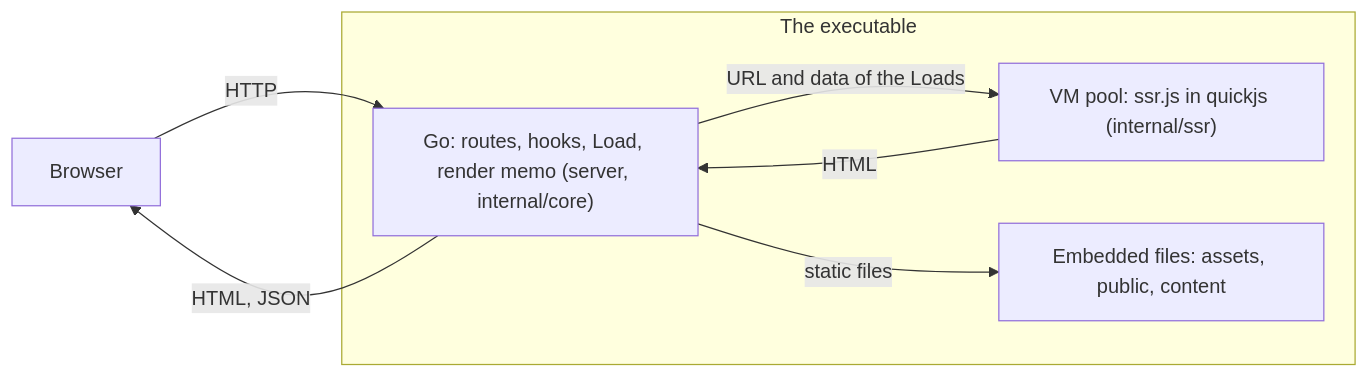
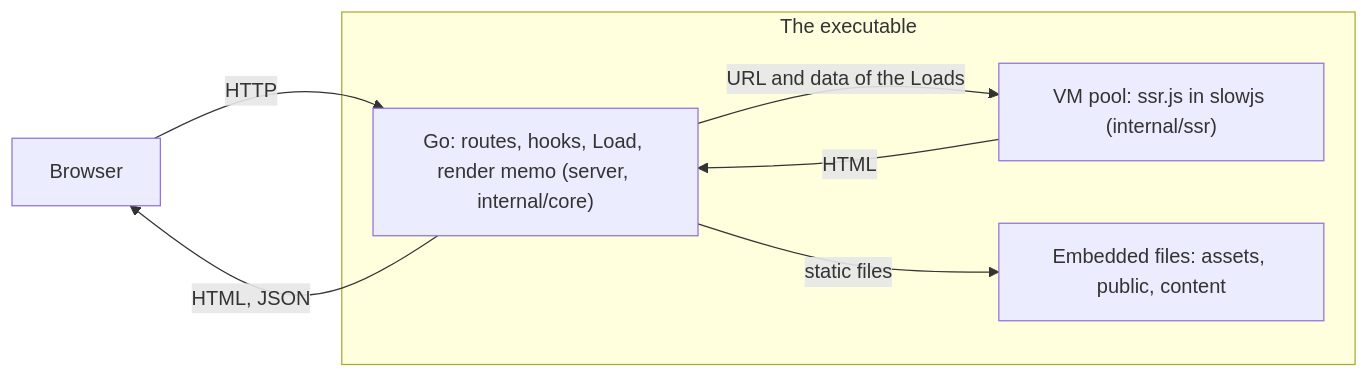
Before and after one commit to liustack/tifa: the first of 8 diagrams in docs/architecture.md, drawn with Mermaid. The commit also changed 3 other files, not shown here.

````diff
--- a/docs/architecture.md
+++ b/docs/architecture.md
@@ -19,14 +19,14 @@
 ```mermaid
 flowchart LR
   B["Browser"]
   subgraph P["The executable"]
     G["Go: routes, hooks, Load, render memo (server, internal/core)"]
-    V["VM pool: ssr.js in quickjs (internal/ssr)"]
+    V["VM pool: ssr.js in slowjs (internal/ssr)"]
     S["Embedded files: assets, public, content"]
   end
   B -- "HTTP" --> G
   G -- "URL and data of the Loads" --> V
   V -- "HTML" --> G
   G -- "static files" --> S
   G -- "HTML, JSON" --> B
 ```
````
